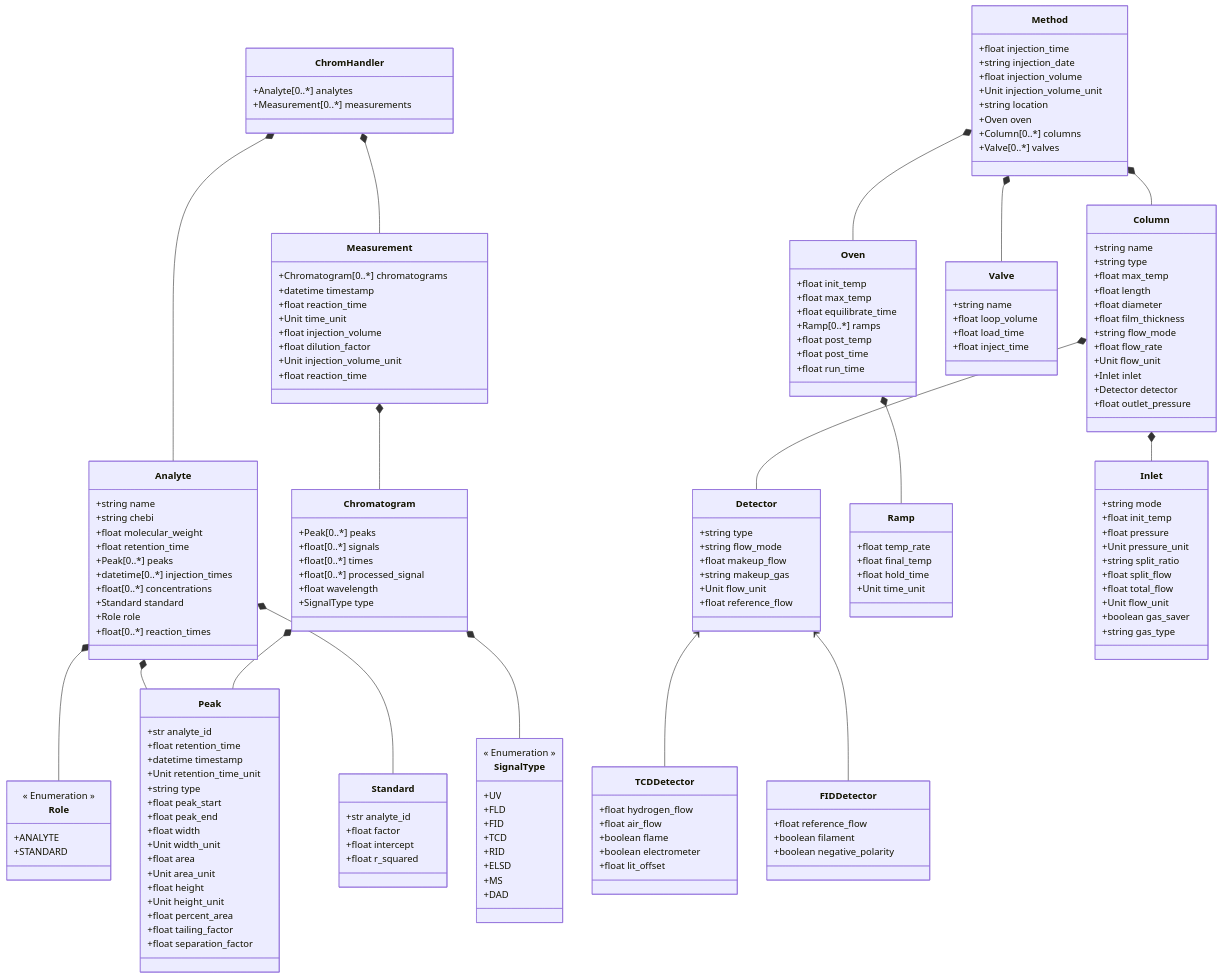
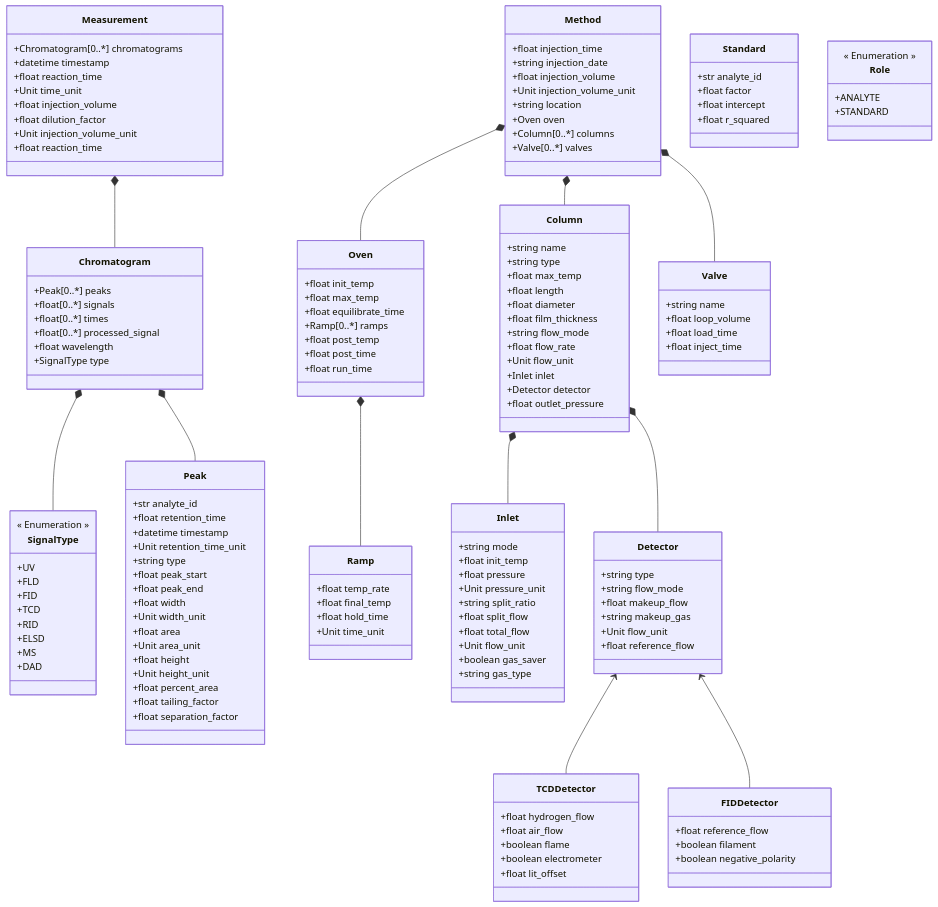
One commit to FAIRChemistry/chromatopy changed the diagram in chromatopy/schemes/chromatopy_schema.md. Above: the diagram before and after it, drawn with Mermaid. The commit also changed 18 other files, not shown here.

```diff
--- a/chromatopy/schemes/chromatopy_schema.md
+++ b/chromatopy/schemes/chromatopy_schema.md
@@ -2,11 +2,6 @@
 classDiagram
     Detector <-- TCDDetector
     Detector <-- FIDDetector
-    ChromHandler *-- Analyte
-    ChromHandler *-- Measurement
-    Analyte *-- Role
-    Analyte *-- Peak
-    Analyte *-- Standard
     Measurement *-- Chromatogram
     Chromatogram *-- SignalType
     Chromatogram *-- Peak
@@ -16,24 +11,6 @@
     Oven *-- Ramp
     Column *-- Inlet
     Column *-- Detector
-    
-    class ChromHandler {
-        +Analyte[0..*] analytes
-        +Measurement[0..*] measurements
-    }
-    
-    class Analyte {
-        +string name
-        +string chebi
-        +float molecular_weight
-        +float retention_time
-        +Peak[0..*] peaks
-        +datetime[0..*] injection_times
-        +float[0..*] concentrations
-        +Standard standard
-        +Role role
-        +float[0..*] reaction_times
-    }
     
     class Measurement {
         +Chromatogram[0..*] chromatograms
```
